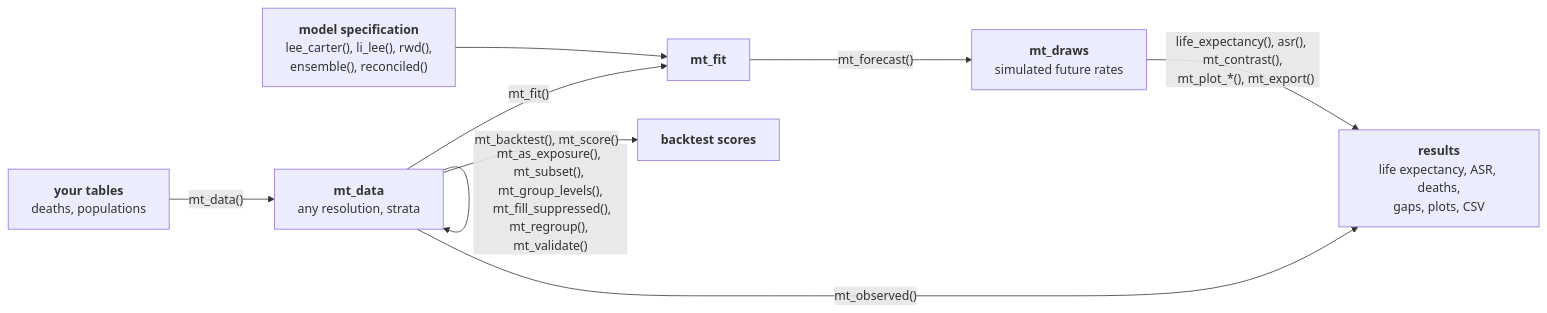
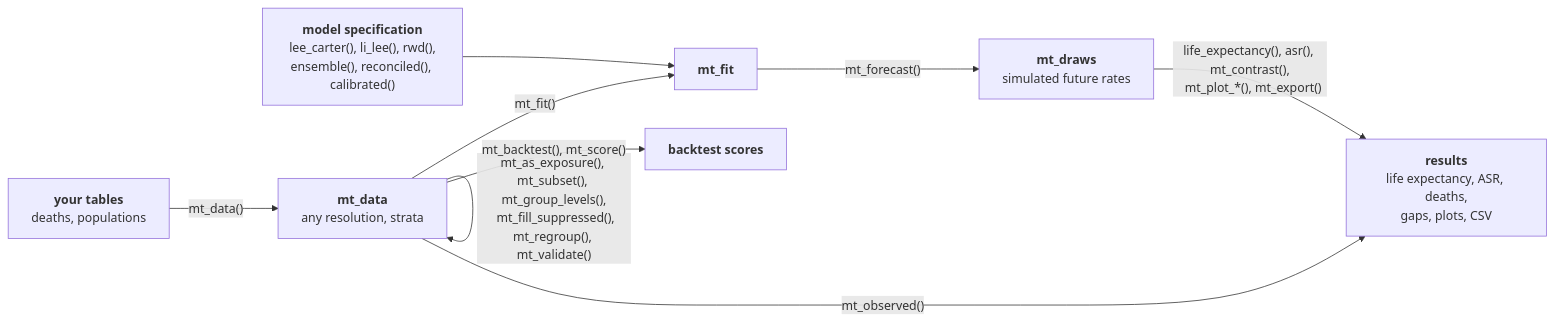
The diagram in README.md (kalleEF/mortensor), drawn with Mermaid before and after one commit. The commit also changed other lines of this file and 35 other files, not shown here.

````diff
--- a/README.md
+++ b/README.md
@@ -46,27 +55,27 @@
 ```mermaid
 flowchart LR
   T["`**your tables**
   deaths, populations`"]
   D["`**mt_data**
   any resolution, strata`"]
   S["`**model specification**
   lee_carter(), li_lee(), rwd(),
-  ensemble(), reconciled()`"]
+  ensemble(), reconciled(), calibrated()`"]
   F["`**mt_fit**`"]
   P["`**mt_draws**
   simulated future rates`"]
   R["`**results**
   life expectancy, ASR, deaths,
   gaps, plots, CSV`"]
   B["`**backtest scores**`"]
   T -- "mt_data()" --> D
   D -- "mt_as_exposure(), mt_subset(), mt_group_levels(),
   mt_fill_suppressed(), mt_regroup(), mt_validate()" --> D
   S --> F
   D -- "mt_fit()" --> F
   F -- "mt_forecast()" --> P
   P -- "life_expectancy(), asr(), mt_contrast(),
   mt_plot_*(), mt_export()" --> R
   D -- "mt_backtest(), mt_score()" --> B
   D -- "mt_observed()" --> R
 ```
````
